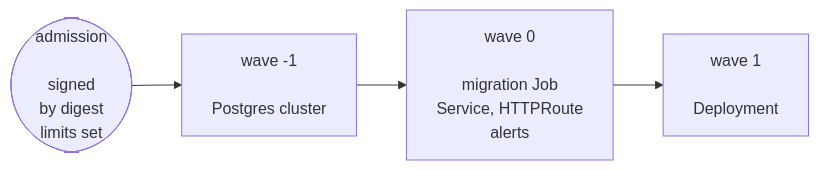
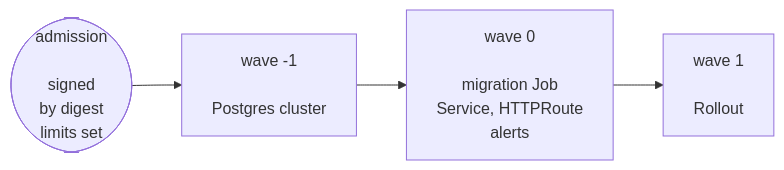
One commit to rootsher/platform-delivery changed the fourth of 6 diagrams in README.md. Above: the diagram before and after it, drawn with Mermaid. The commit also changed other lines of this file and 3 other files, not shown here.

````diff
--- a/README.md
+++ b/README.md
@@ -40,6 +55,6 @@
 ```mermaid
 flowchart LR
   adm(["admission<br/><br/>signed<br/>by digest<br/>limits set"]) --> db["wave -1<br/><br/>Postgres cluster"]
   db --> job["wave 0<br/><br/>migration Job<br/>Service, HTTPRoute<br/>alerts"]
-  job --> deploy["wave 1<br/><br/>Deployment"]
+  job --> deploy["wave 1<br/><br/>Rollout"]
 ```
````
